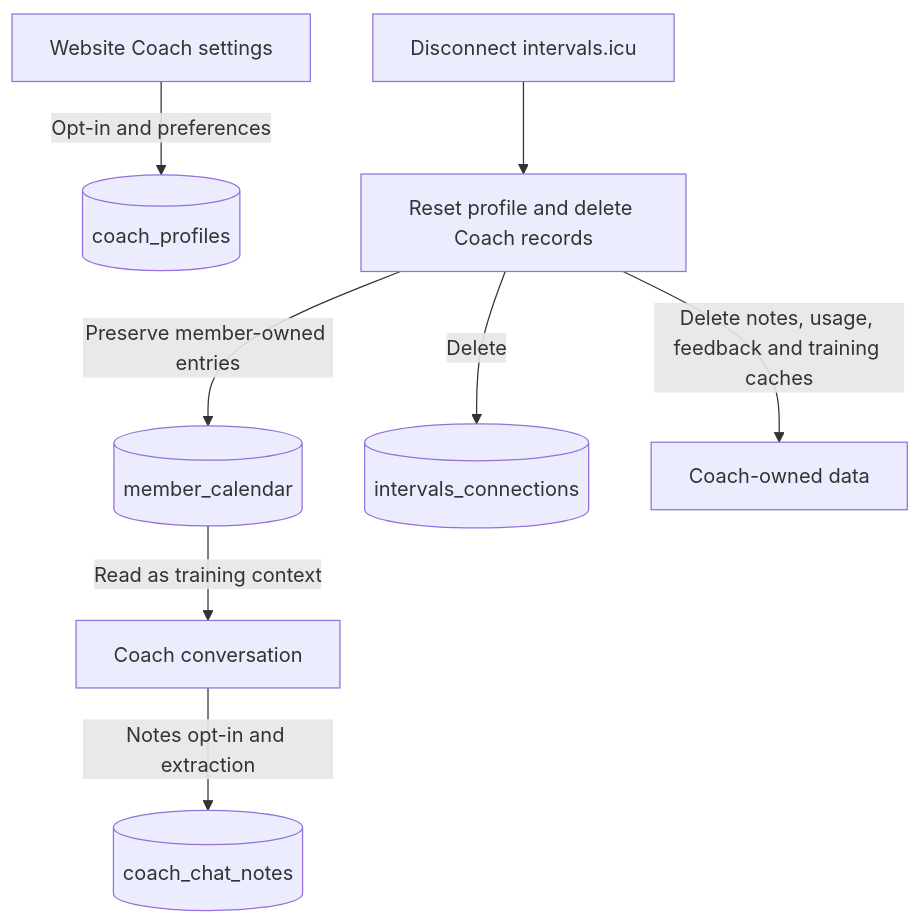
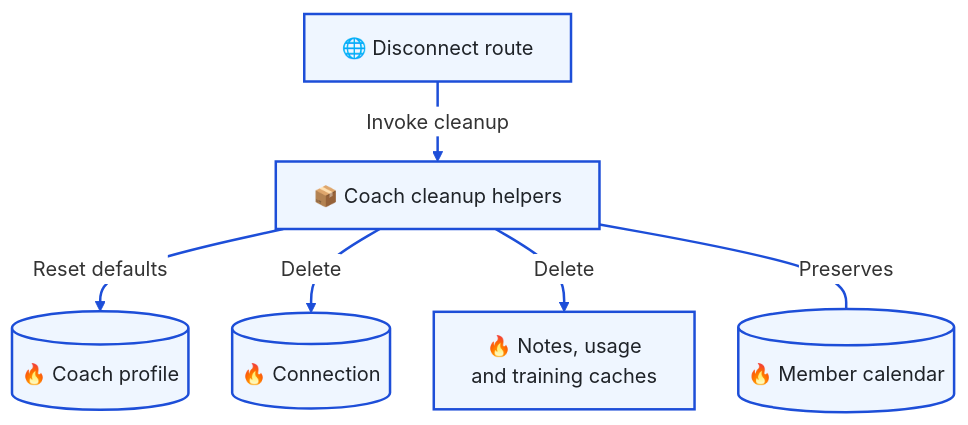
The third of 3 diagrams in docs/architecture/coach.md (T00few2/dzr), drawn with Mermaid before and after one commit. The commit also changed other lines of this file and 15 other files, not shown here.

First line of the commit message:
docs: standardize Mermaid notation and map the technology stack

````diff
--- a/docs/architecture/coach.md
+++ b/docs/architecture/coach.md
@@ -76,10 +107,21 @@
 ```mermaid
+---
+config:
+  theme: base
+  themeVariables:
+    edgeLabelBackground: '#ffffff'
+  flowchart:
+    padding: 15
+    nodeSpacing: 35
+    rankSpacing: 40
+---
 flowchart TB
-    settings[Website Coach settings] -->|Opt-in and preferences| profile[(coach_profiles)]
-    turns[Coach conversation] -->|Notes opt-in and extraction| notes[(coach_chat_notes)]
-    calendar[(member_calendar)] -->|Read as training context| turns
-    disconnect[Disconnect intervals.icu] --> wipe[Reset profile and delete Coach records]
-    wipe -->|Delete| connection[(intervals_connections)]
-    wipe -->|Delete notes, usage, feedback and training caches| coachdata[Coach-owned data]
-    wipe -->|Preserve member-owned entries| calendar
+    disconnect["🌐 Disconnect route"] -->|Invoke cleanup| wipe["📦 Coach cleanup helpers"]
+    wipe -->|Reset defaults| profile[("🔥 Coach profile")]
+    wipe -->|Delete| connection[("🔥 Connection")]
+    wipe -->|Delete| coachdata["🔥 Notes, usage<br/>and training caches"]
+    wipe ---|Preserves| calendar[("🔥 Member calendar")]
+    classDef default fill:#eff6ff,stroke:#1d4ed8,stroke-width:2px,color:#1f2328
+    classDef external fill:#fff1f2,stroke:#b91c1c,stroke-width:2px,color:#1f2328
+    linkStyle default stroke:#1d4ed8,stroke-width:2px
 ```
````
